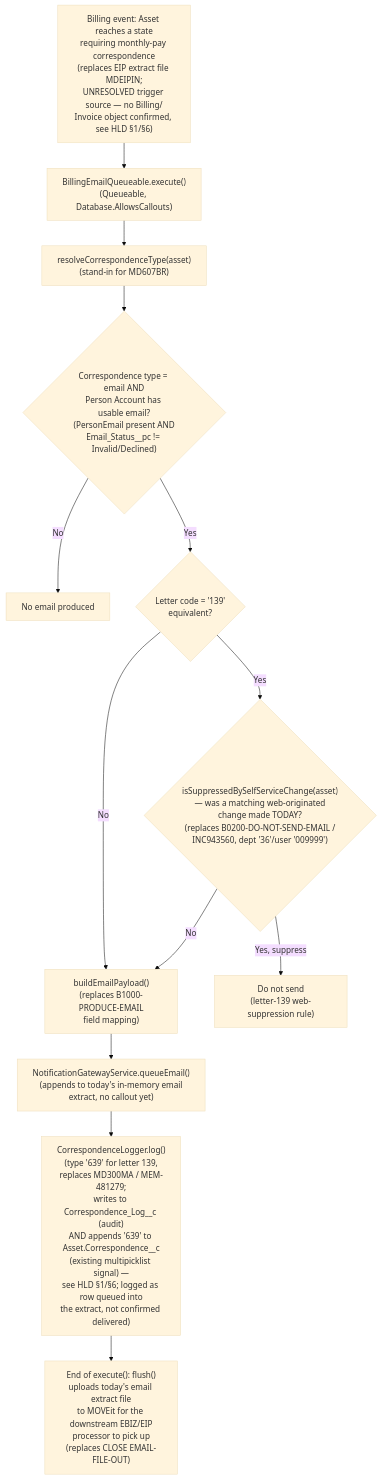
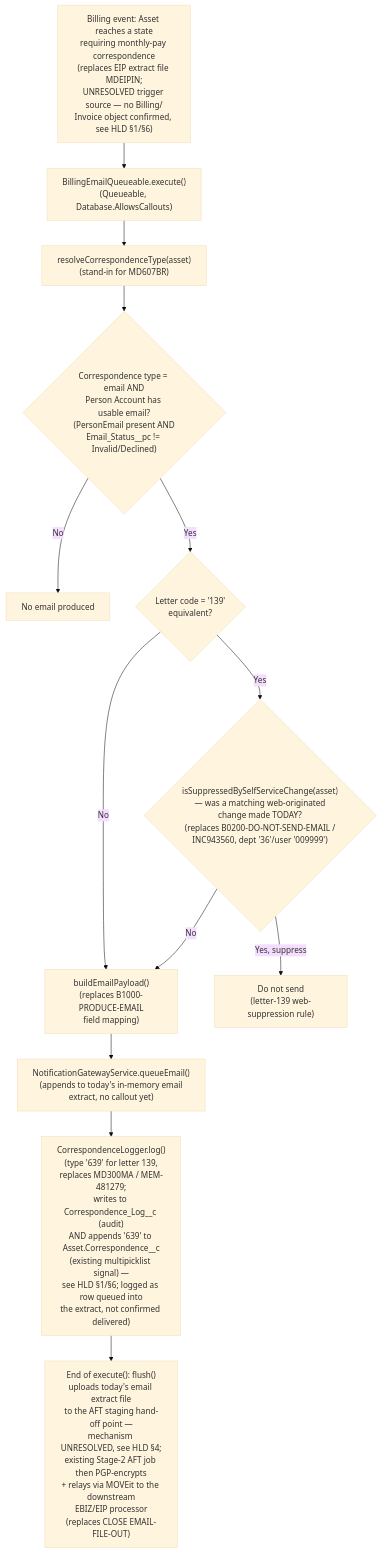
One commit to milliongetachew/AAA_EMAIL_SMS_BILL_REMINDER_CODE changed the second of 4 diagrams in docs/salesforce-design/workflows.md. Above: the diagram before and after it, drawn with Mermaid (base theme). The commit also changed other lines of this file and 3 other files, not shown here.

Commit message:
Correct outbound delivery to real two-stage AFT/MOVEit pipeline

````diff
--- a/docs/salesforce-design/workflows.md
+++ b/docs/salesforce-design/workflows.md
@@ -53,15 +69,15 @@
 ```mermaid
 flowchart TD
     A["Billing event: Asset reaches a state\nrequiring monthly-pay correspondence\n(replaces EIP extract file MDEIPIN;\nUNRESOLVED trigger source — no Billing/\nInvoice object confirmed, see HLD §1/§6)"] --> B["BillingEmailQueueable.execute()\n(Queueable, Database.AllowsCallouts)"]
     B --> C["resolveCorrespondenceType(asset)\n(stand-in for MD607BR)"]
     C --> D{"Correspondence type = email AND\nPerson Account has usable email?\n(PersonEmail present AND\nEmail_Status__pc != Invalid/Declined)"}
     D -->|"No"| END1["No email produced"]
     D -->|"Yes"| E{"Letter code = '139'\nequivalent?"}
     E -->|"No"| G["buildEmailPayload()\n(replaces B1000-PRODUCE-EMAIL\nfield mapping)"]
     E -->|"Yes"| F{"isSuppressedBySelfServiceChange(asset)\n— was a matching web-originated\nchange made TODAY?\n(replaces B0200-DO-NOT-SEND-EMAIL /\nINC943560, dept '36'/user '009999')"}
     F -->|"Yes, suppress"| END2["Do not send\n(letter-139 web-suppression rule)"]
     F -->|"No"| G
     G --> H["NotificationGatewayService.queueEmail()\n(appends to today's in-memory email\nextract, no callout yet)"]
     H --> I["CorrespondenceLogger.log()\n(type '639' for letter 139,\nreplaces MD300MA / MEM-481279;\nwrites to Correspondence_Log__c (audit)\nAND appends '639' to Asset.Correspondence__c\n(existing multipicklist signal) —\nsee HLD §1/§6; logged as row queued into\nthe extract, not confirmed delivered)"]
-    I --> J2["End of execute(): flush()\nuploads today's email extract file\nto MOVEit for the downstream EBIZ/EIP\nprocessor to pick up\n(replaces CLOSE EMAIL-FILE-OUT)"]
+    I --> J2["End of execute(): flush()\nuploads today's email extract file\nto the AFT staging hand-off point —\nmechanism UNRESOLVED, see HLD §4;\nexisting Stage-2 AFT job then PGP-encrypts\n+ relays via MOVEit to the downstream\nEBIZ/EIP processor\n(replaces CLOSE EMAIL-FILE-OUT)"]
 ```
````
